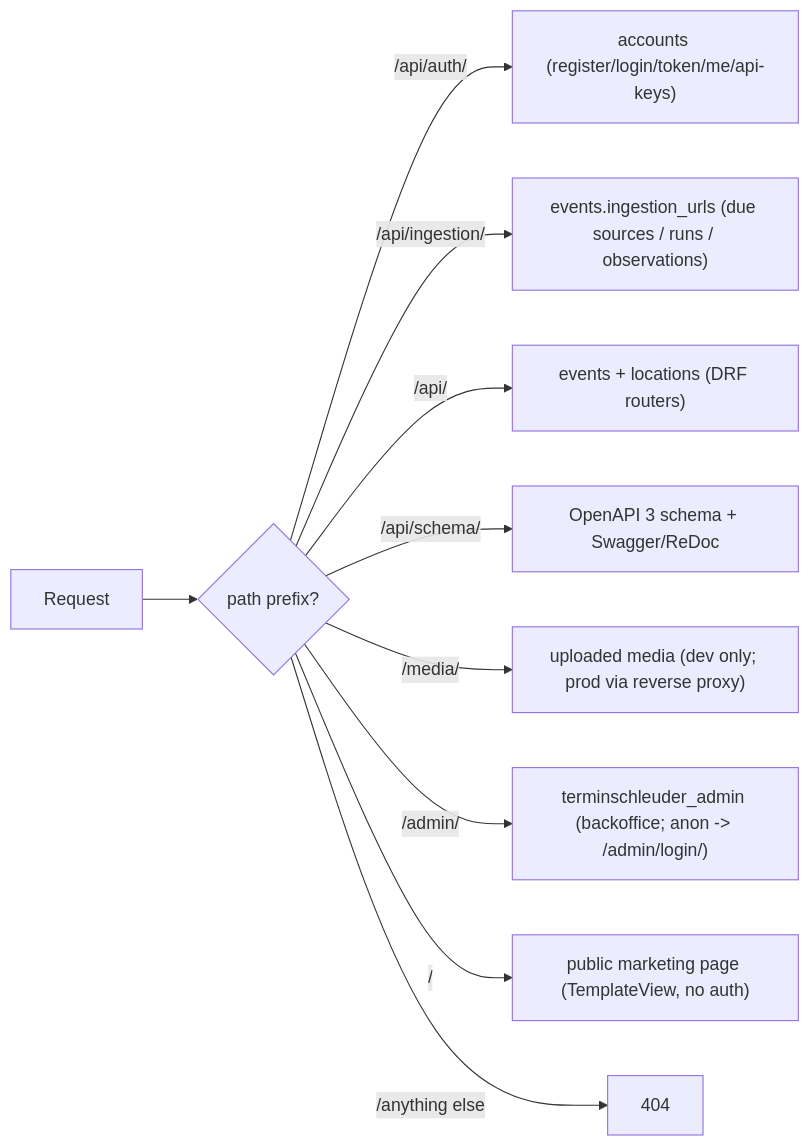
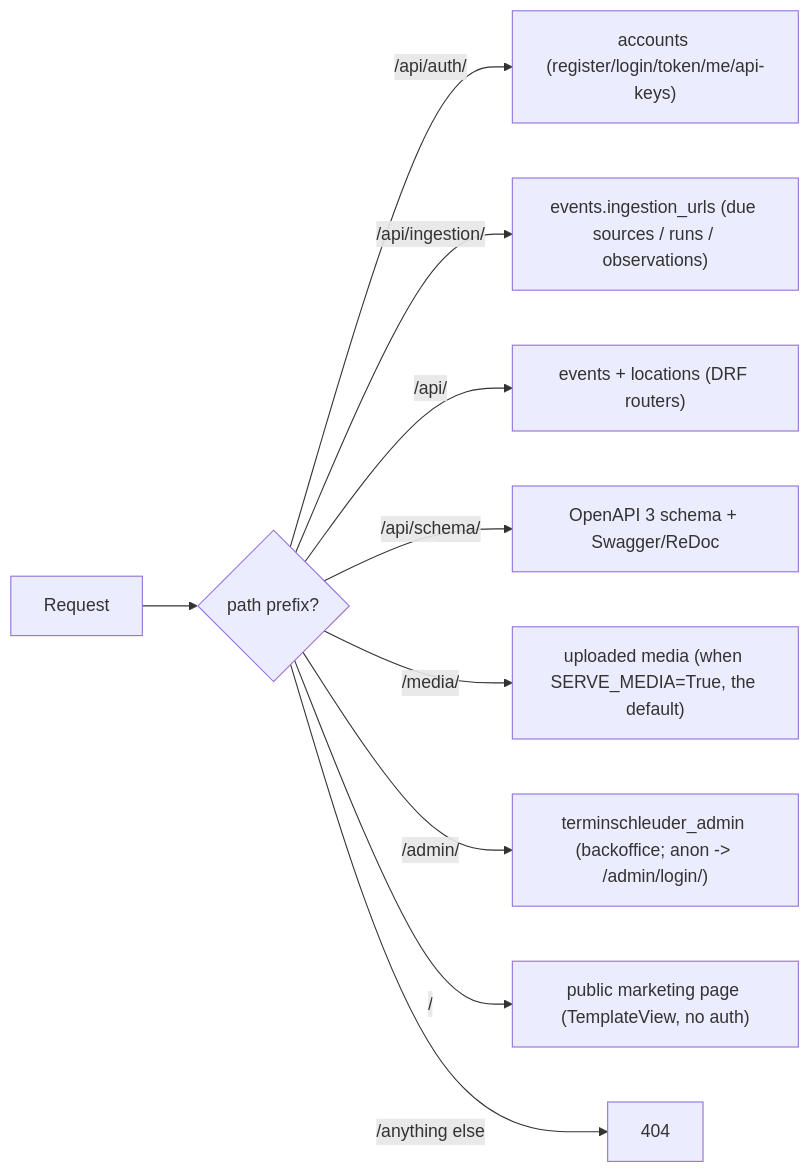
The second of 4 diagrams in docs/architecture.md (Terminschleuder/backend), drawn with Mermaid before and after one commit. The commit also changed other lines of this file and 19 other files, not shown here.

````diff
--- a/docs/architecture.md
+++ b/docs/architecture.md
@@ -61,12 +70,12 @@
 ```mermaid
 flowchart LR
     R["Request"] --> P{"path prefix?"}
     P -->|"/api/auth/"| Auth["accounts (register/login/token/me/api-keys)"]
     P -->|"/api/ingestion/"| Ing["events.ingestion_urls (due sources / runs / observations)"]
     P -->|"/api/"| API["events + locations (DRF routers)"]
     P -->|"/api/schema/"| Schema["OpenAPI 3 schema + Swagger/ReDoc"]
-    P -->|"/media/"| Media["uploaded media (dev only; prod via reverse proxy)"]
+    P -->|"/media/"| Media["uploaded media (when SERVE_MEDIA=True, the default)"]
     P -->|"/admin/"| Back["terminschleuder_admin (backoffice; anon -> /admin/login/)"]
     P -->|"/"| Landing["public marketing page (TemplateView, no auth)"]
     P -->|"/anything else"| Nf["404"]
 ```
````
